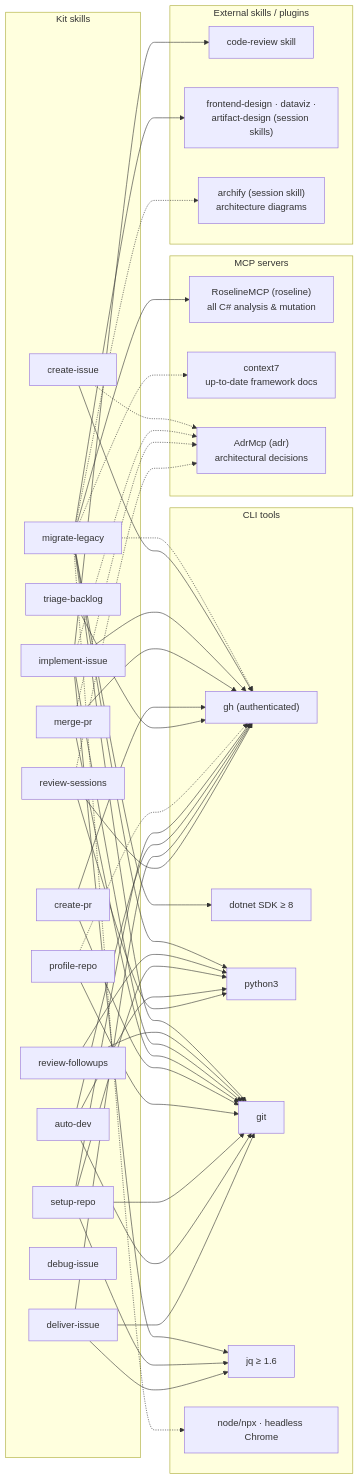
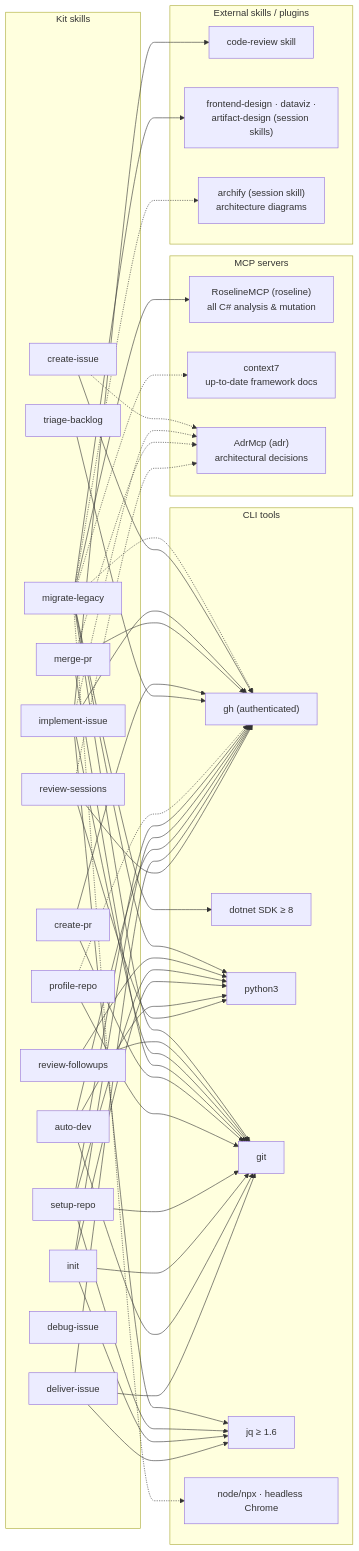
The second of 2 diagrams in ARCHITECTURE.md (phmatray/tagout), drawn with Mermaid before and after one commit. The commit also changed other lines of this file and 16 other files, not shown here.

```diff
--- a/ARCHITECTURE.md
+++ b/ARCHITECTURE.md
@@ -136,6 +139,7 @@
         TB[triage-backlog]
         RP[profile-repo]
         SR[setup-repo]
+        IN[init]
         DI[debug-issue]
         RS[review-sessions]
     end
@@ -199,6 +203,10 @@
     SR --> PY
     SR --> JQ
     SR --> GH
+    IN --> GIT
+    IN --> PY
+    IN --> JQ
+    IN --> GH
 
     AD --> GH
     AD --> GIT
```
